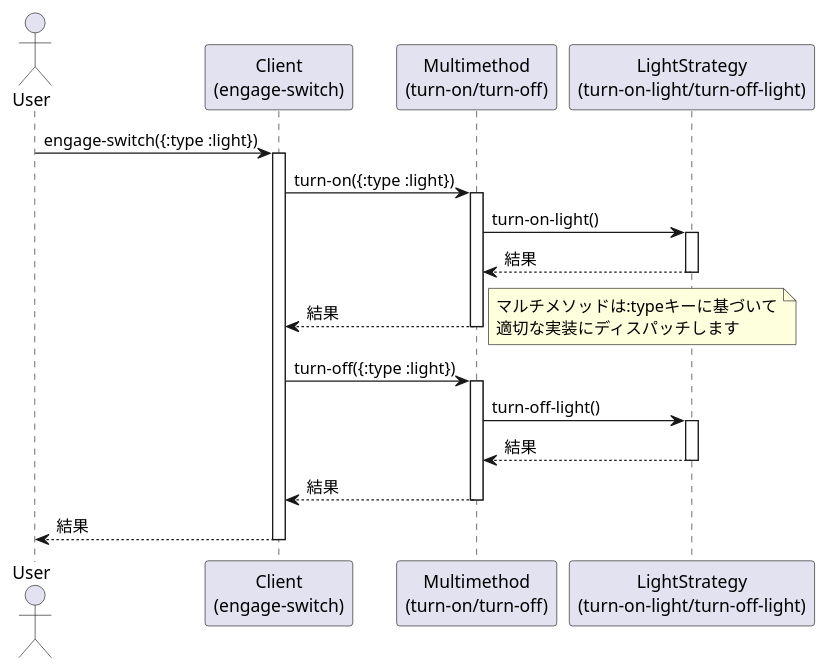
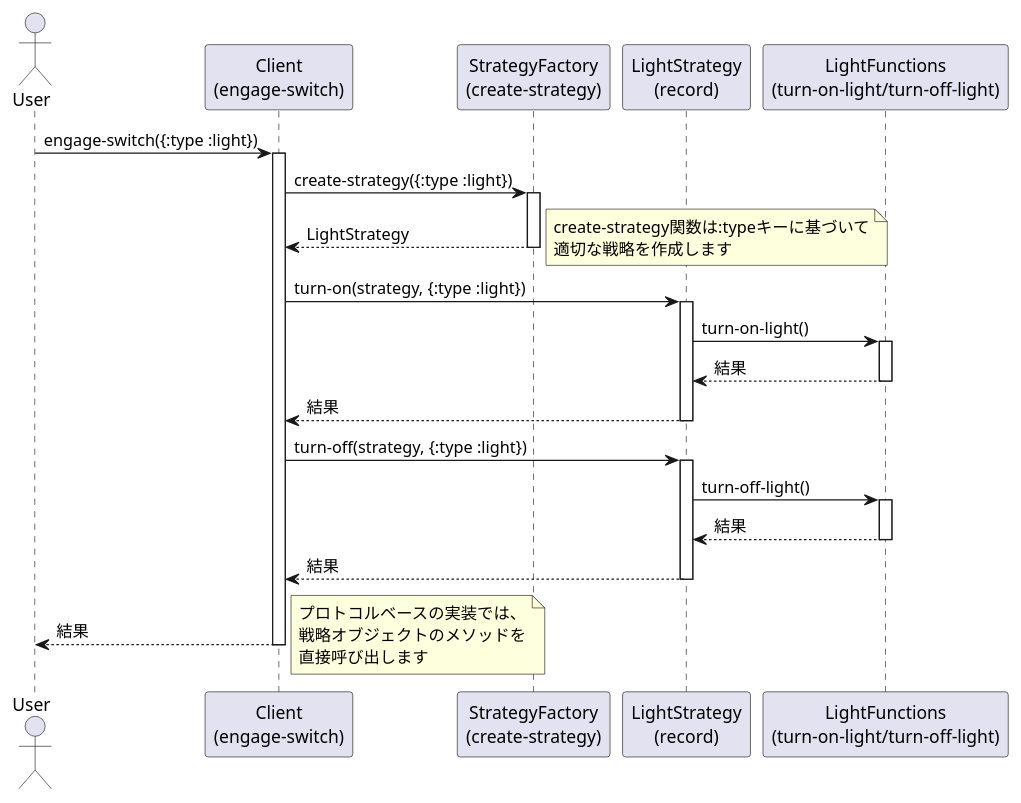
One commit to k2works/pragmatic-programing-exercise-2025 changed the second of 2 diagrams in app/design-pattern/README.md. Above: the diagram before and after it, drawn with PlantUML. The commit also changed other lines of this file and 3 other files, not shown here.

````diff
--- a/app/design-pattern/README.md
+++ b/app/design-pattern/README.md
@@ -85,37 +119,49 @@
 ```plantuml
 @startuml
 actor User
 participant "Client\n(engage-switch)" as client
-participant "Multimethod\n(turn-on/turn-off)" as multimethod
-participant "LightStrategy\n(turn-on-light/turn-off-light)" as light
+participant "StrategyFactory\n(create-strategy)" as factory
+participant "LightStrategy\n(record)" as strategy
+participant "LightFunctions\n(turn-on-light/turn-off-light)" as light
 
 User -> client : engage-switch({:type :light})
 activate client
 
-client -> multimethod : turn-on({:type :light})
-activate multimethod
-multimethod -> light : turn-on-light()
-activate light
-light --> multimethod : 結果
-deactivate light
-multimethod --> client : 結果
-deactivate multimethod
+client -> factory : create-strategy({:type :light})
+activate factory
+factory --> client : LightStrategy
+deactivate factory
 
 note right
-  マルチメソッドは:typeキーに基づいて
-  適切な実装にディスパッチします
+  create-strategy関数は:typeキーに基づいて
+  適切な戦略を作成します
 end note
 
-client -> multimethod : turn-off({:type :light})
-activate multimethod
-multimethod -> light : turn-off-light()
+client -> strategy : turn-on(strategy, {:type :light})
+activate strategy
+strategy -> light : turn-on-light()
 activate light
-light --> multimethod : 結果
+light --> strategy : 結果
 deactivate light
-multimethod --> client : 結果
-deactivate multimethod
+strategy --> client : 結果
+deactivate strategy
+
+client -> strategy : turn-off(strategy, {:type :light})
+activate strategy
+strategy -> light : turn-off-light()
+activate light
+light --> strategy : 結果
+deactivate light
+strategy --> client : 結果
+deactivate strategy
 
 client --> User : 結果
 deactivate client
+
+note right
+  プロトコルベースの実装では、
+  戦略オブジェクトのメソッドを
+  直接呼び出します
+end note
 @enduml
 ```
````
